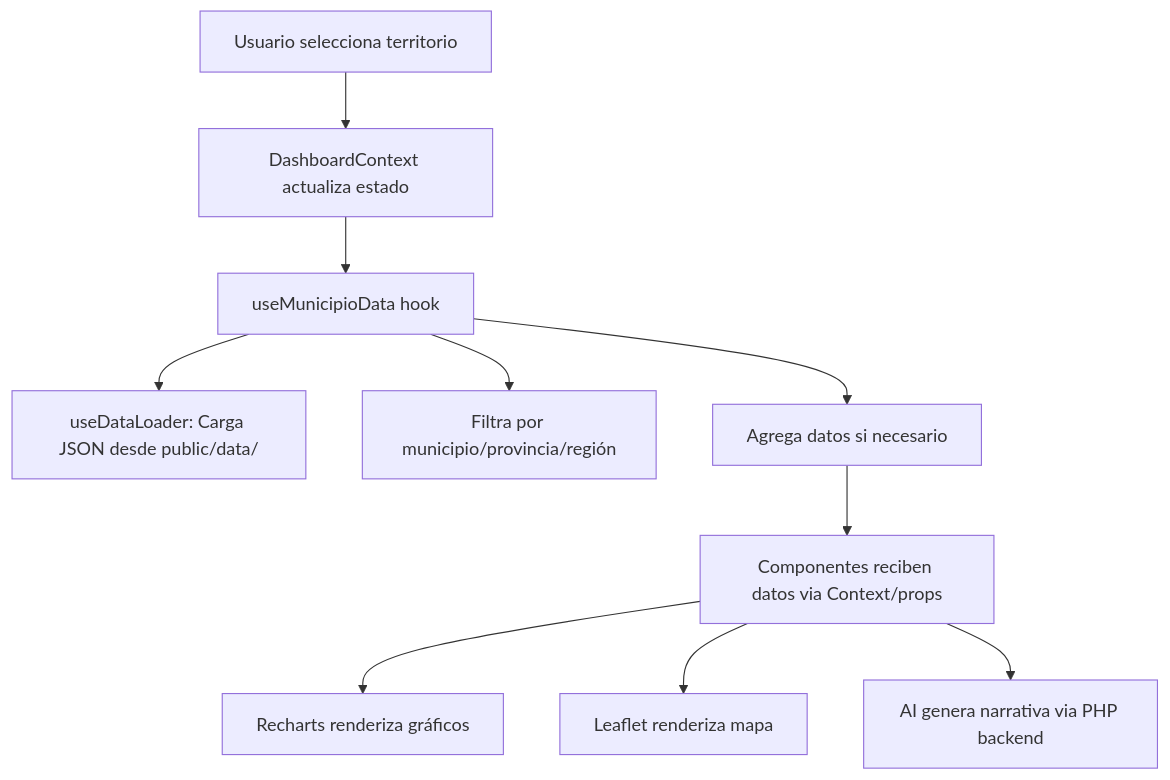
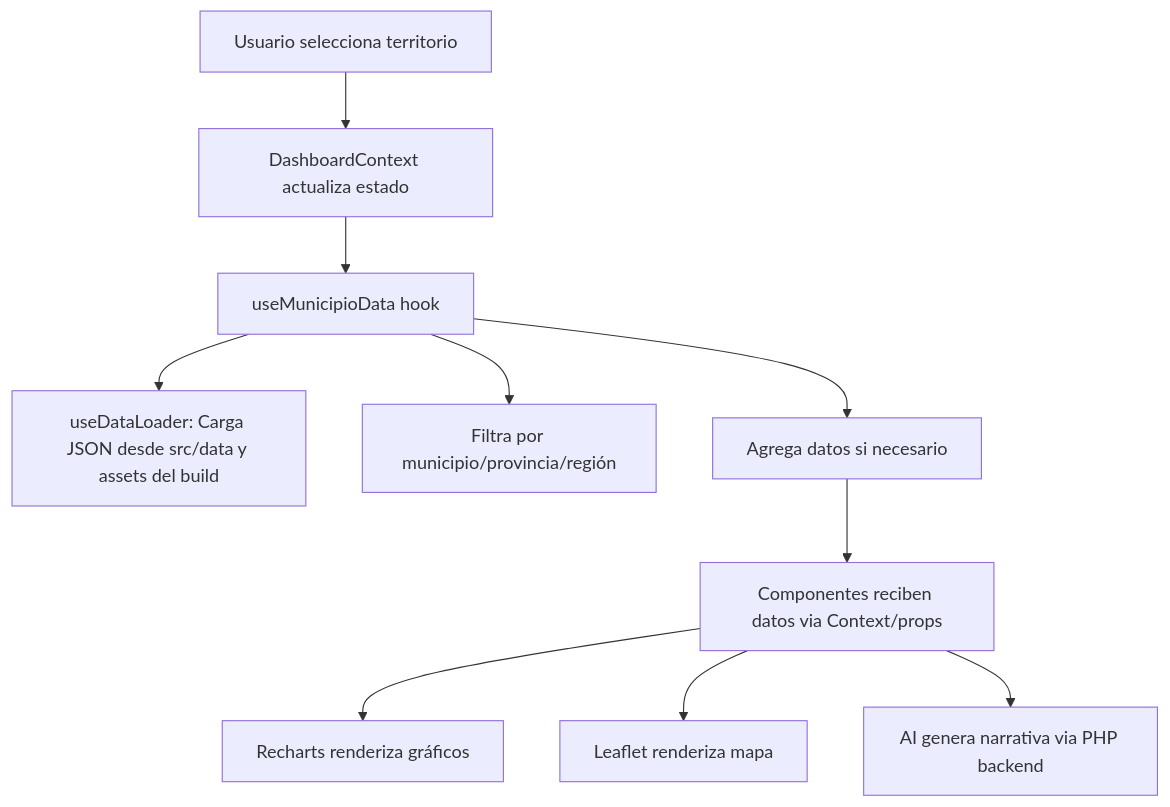
One commit to mnakagaw/dashboard-municipal changed the diagram in docs/ARCHITECTURE.md. Above: the diagram before and after it, drawn with Mermaid. The commit also changed other lines of this file and 15 other files, not shown here.

````diff
--- a/docs/ARCHITECTURE.md
+++ b/docs/ARCHITECTURE.md
@@ -50,12 +50,12 @@
 ```mermaid
 graph TD
     A[Usuario selecciona territorio] --> B[DashboardContext actualiza estado]
     B --> C[useMunicipioData hook]
-    C --> D[useDataLoader: Carga JSON desde public/data/]
+    C --> D[useDataLoader: Carga JSON desde src/data y assets del build]
     C --> E[Filtra por municipio/provincia/región]
     C --> F[Agrega datos si necesario]
     F --> G[Componentes reciben datos via Context/props]
     G --> H[Recharts renderiza gráficos]
     G --> I[Leaflet renderiza mapa]
     G --> J[AI genera narrativa via PHP backend]
 ```
````
